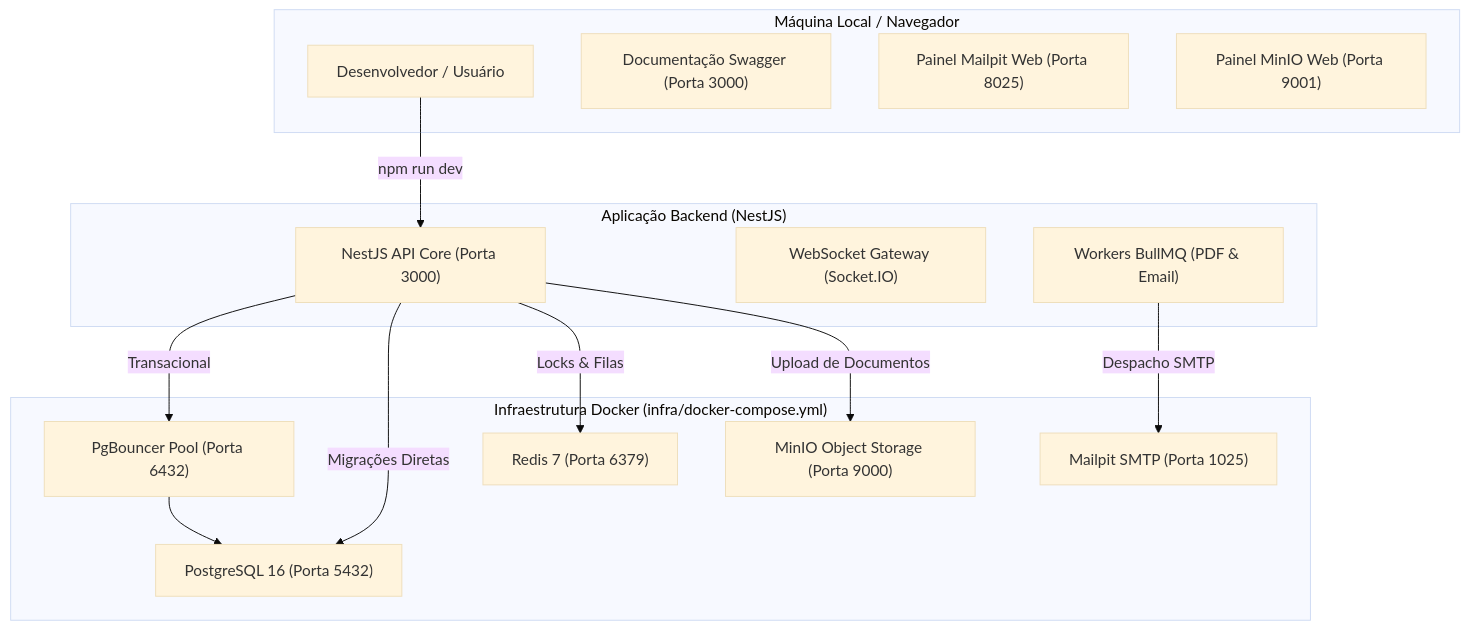
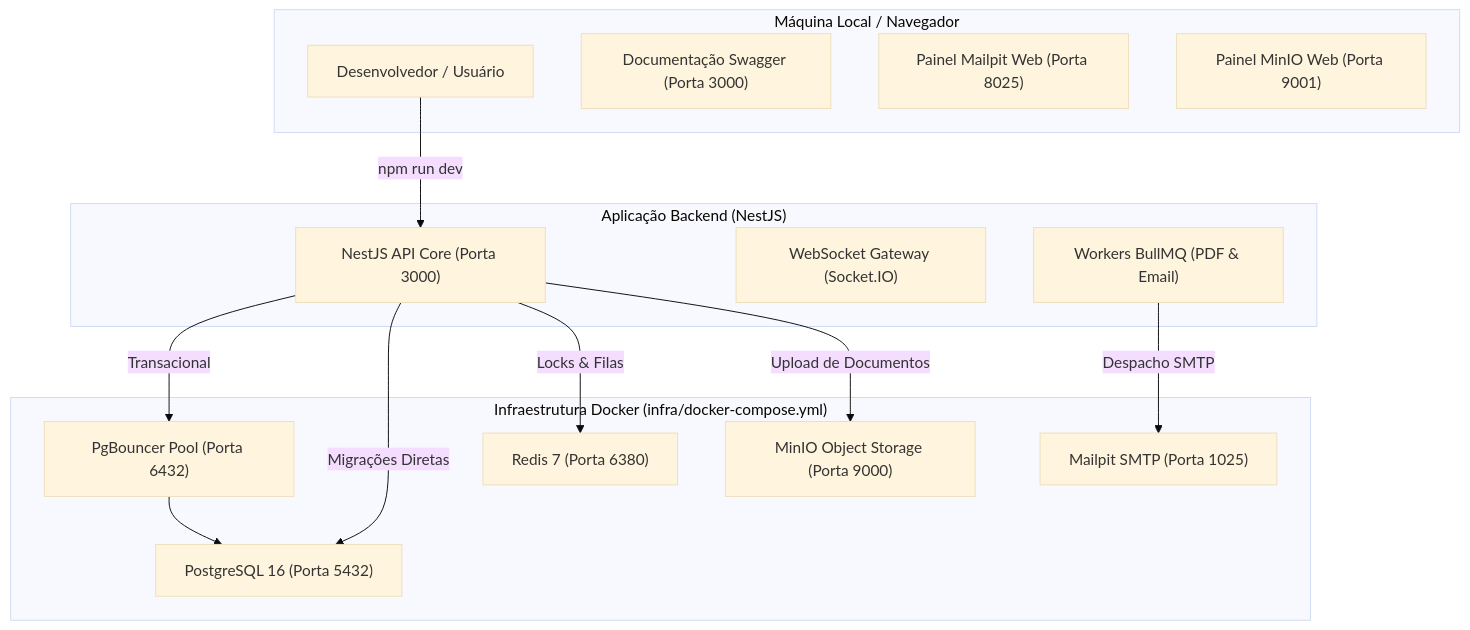
One commit to Dnt418/sistemauniversitarioucc changed the diagram in COMO_RODAR.md. Above: the diagram before and after it, drawn with Mermaid (base theme). The commit also changed other lines of this file and 8 other files, not shown here.

````diff
--- a/COMO_RODAR.md
+++ b/COMO_RODAR.md
@@ -11,31 +11,31 @@
 ```mermaid
 flowchart TD
     subgraph Host ["Máquina Local / Navegador"]
         Dev["Desenvolvedor / Usuário"]
         Swagger["Documentação Swagger (Porta 3000)"]
         MailpitUI["Painel Mailpit Web (Porta 8025)"]
         MinioUI["Painel MinIO Web (Porta 9001)"]
     end
 
     subgraph App ["Aplicação Backend (NestJS)"]
         NestAPI["NestJS API Core (Porta 3000)"]
         WSGateway["WebSocket Gateway (Socket.IO)"]
         Workers["Workers BullMQ (PDF & Email)"]
     end
 
     subgraph Containers ["Infraestrutura Docker (infra/docker-compose.yml)"]
         PG["PostgreSQL 16 (Porta 5432)"]
         PGB["PgBouncer Pool (Porta 6432)"]
-        RD["Redis 7 (Porta 6379)"]
+        RD["Redis 7 (Porta 6380)"]
         S3["MinIO Object Storage (Porta 9000)"]
         SMTP["Mailpit SMTP (Porta 1025)"]
     end
 
     Dev -->|npm run dev| NestAPI
     NestAPI -->|Transacional| PGB
     PGB --> PG
     NestAPI -->|Migrações Diretas| PG
     NestAPI -->|Locks & Filas| RD
     NestAPI -->|Upload de Documentos| S3
     Workers -->|Despacho SMTP| SMTP
 ```
````
